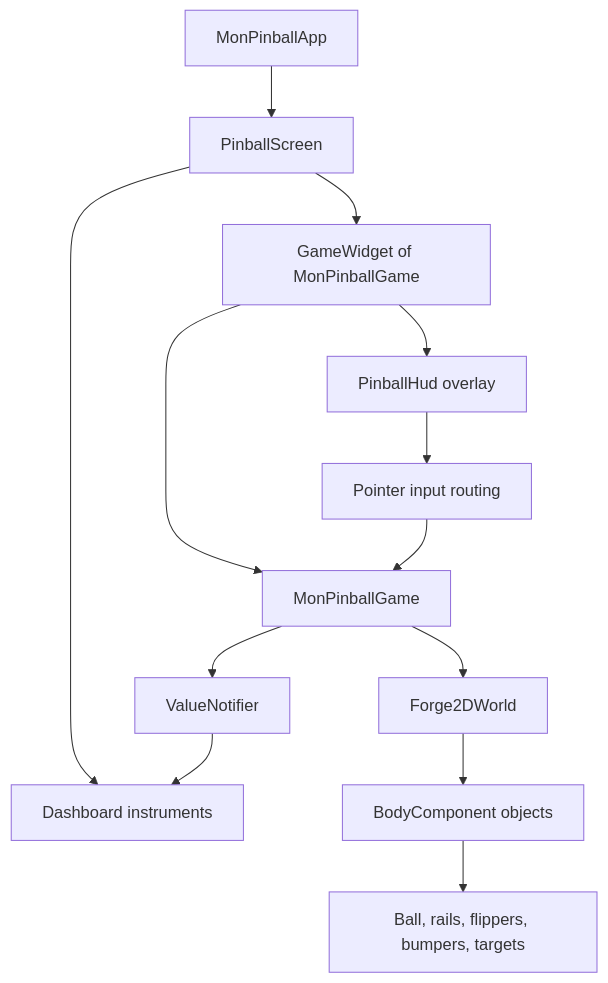
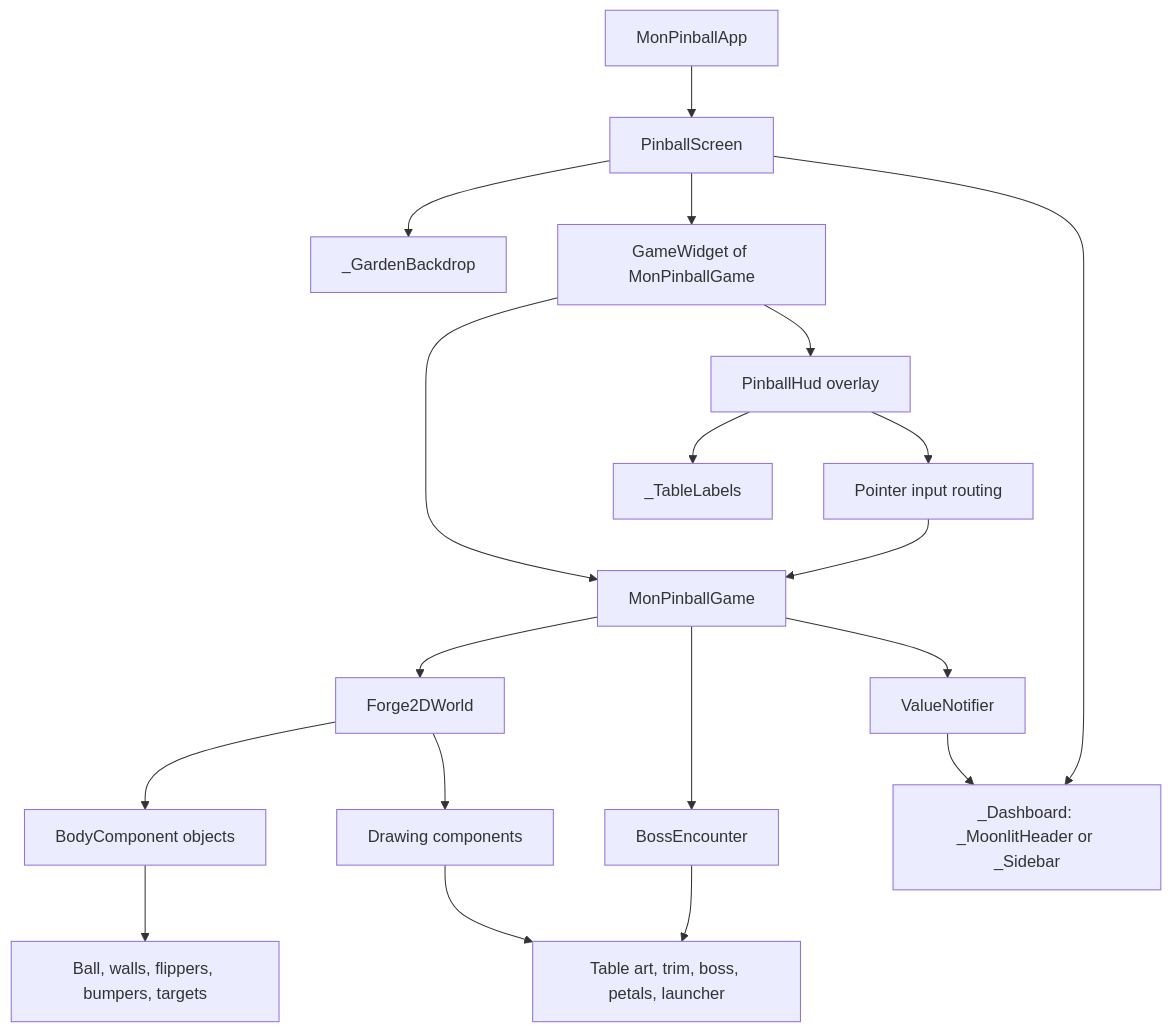
One commit to cassiadev/mon_pinball changed the first of 8 diagrams in README.ko.md. Above: the diagram before and after it, drawn with Mermaid. The commit also changed other lines of this file and 37 other files, not shown here.

First line of the commit message:
Add the Moonlit Garden boss encounter and redesign the pinball table (#1)

````diff
--- a/README.ko.md
+++ b/README.ko.md
@@ -154,15 +213,21 @@
 ```mermaid
 graph TD
   A[MonPinballApp] --> B[PinballScreen]
+  B --> L["_GardenBackdrop"]
   B --> C["GameWidget of MonPinballGame"]
-  B --> K[Dashboard instruments]
+  B --> K["_Dashboard: _MoonlitHeader or _Sidebar"]
   C --> D[MonPinballGame]
   C --> E[PinballHud overlay]
+  E --> M["_TableLabels"]
   E --> F[Pointer input routing]
   F --> D
   D --> G[Forge2DWorld]
   G --> H[BodyComponent objects]
-  H --> I[Ball, rails, flippers, bumpers, targets]
+  H --> I[Ball, walls, flippers, bumpers, targets]
+  G --> N[Drawing components]
+  N --> O[Table art, trim, boss, petals, launcher]
+  D --> P[BossEncounter]
+  P --> O
   D --> J[ValueNotifier<PinballSnapshot>]
   J --> K
 ```
````
